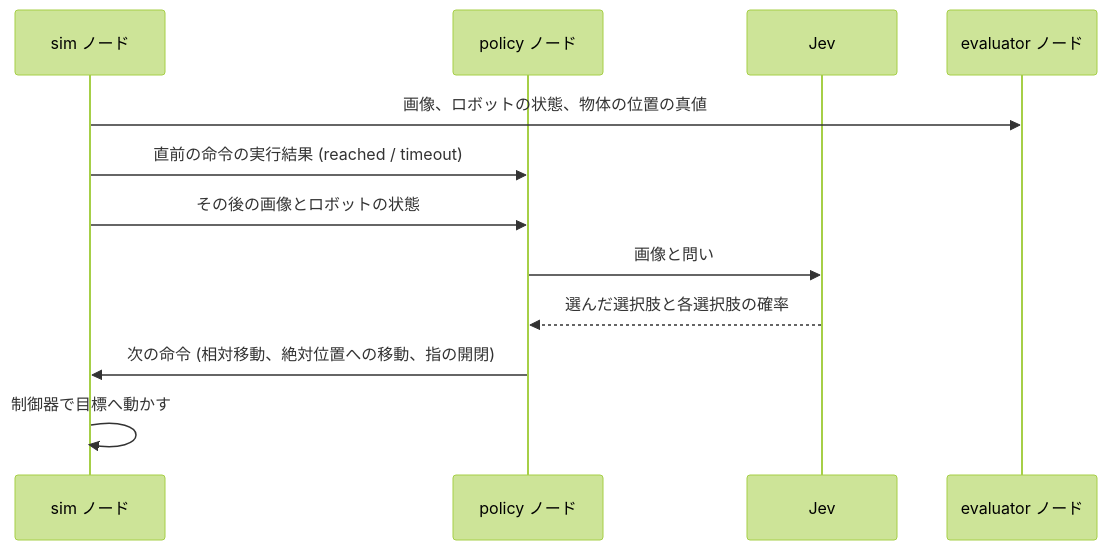
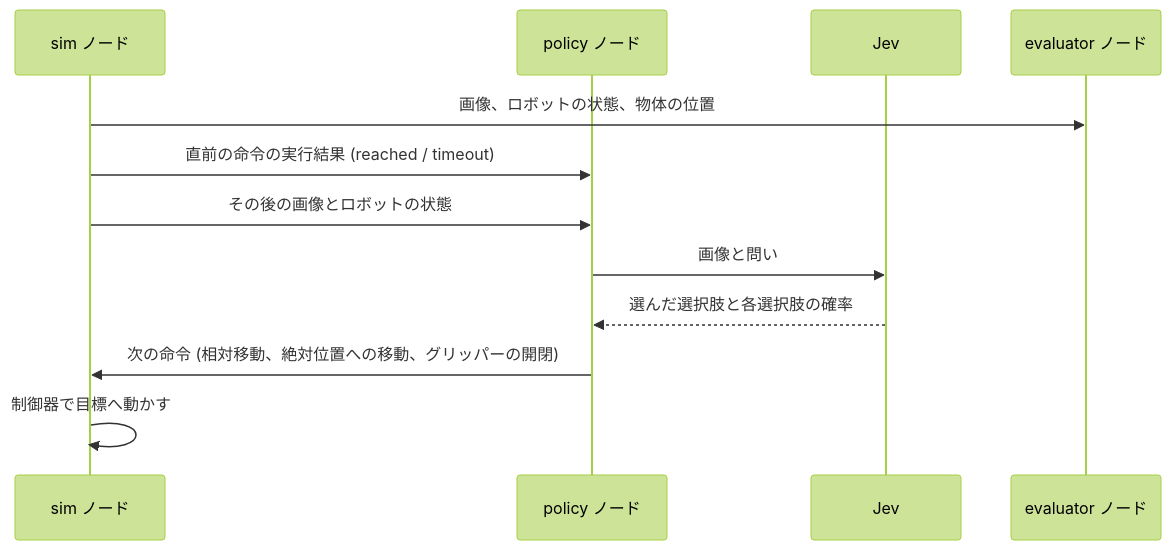
Before and after one commit to pokutuna/jev-robot-control-experiments: the first of 3 diagrams in docs/report.md, drawn with Mermaid (forest theme). The commit also changed other lines of this file, not shown here.

````diff
--- a/docs/report.md
+++ b/docs/report.md
@@ -71,14 +71,14 @@
 ```mermaid
 sequenceDiagram
     participant S as sim ノード
     participant P as policy ノード
     participant J as Jev
     participant E as evaluator ノード
-    S->>E: 画像、ロボットの状態、物体の位置の真値
+    S->>E: 画像、ロボットの状態、物体の位置
     S->>P: 直前の命令の実行結果 (reached / timeout)
     S->>P: その後の画像とロボットの状態
     P->>J: 画像と問い
     J-->>P: 選んだ選択肢と各選択肢の確率
-    P->>S: 次の命令 (相対移動、絶対位置への移動、指の開閉)
+    P->>S: 次の命令 (相対移動、絶対位置への移動、グリッパーの開閉)
     S->>S: 制御器で目標へ動かす
 ```
````
